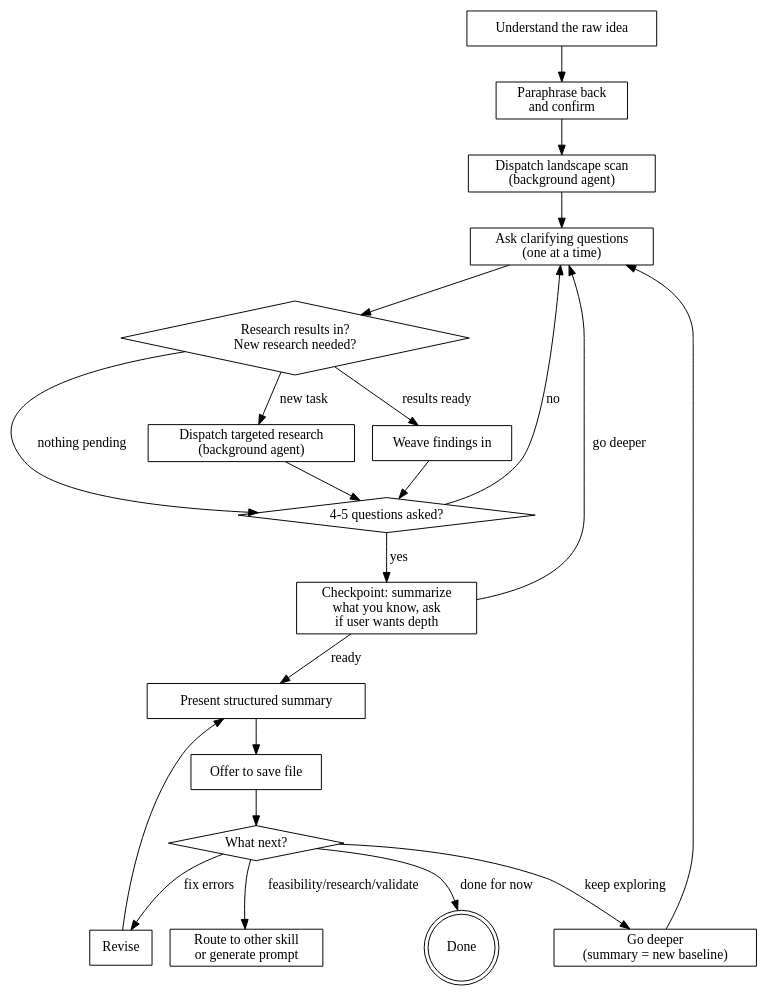
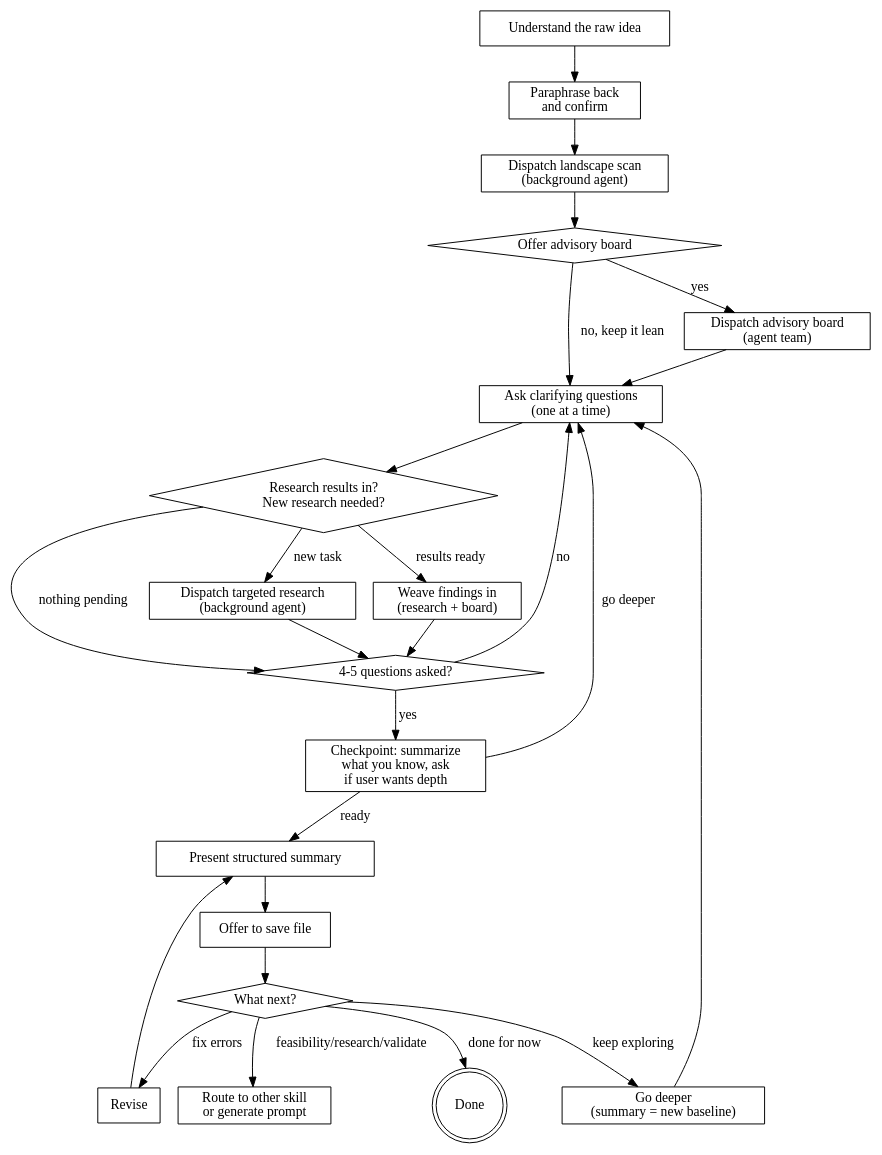
The diagram in discovery/skills/idea-exploration/SKILL.md (mariushelf/claude-swe-tools), drawn with Graphviz before and after one commit. The commit also changed other lines of this file, not shown here.

First line of the commit message:
Add advisory board feature to idea-exploration skill

````diff
--- a/discovery/skills/idea-exploration/SKILL.md
+++ b/discovery/skills/idea-exploration/SKILL.md
@@ -16,42 +16,47 @@
 ```dot
 digraph idea_exploration {
     "Understand the raw idea" [shape=box];
     "Paraphrase back\nand confirm" [shape=box];
     "Dispatch landscape scan\n(background agent)" [shape=box];
+    "Offer advisory board" [shape=diamond];
+    "Dispatch advisory board\n(agent team)" [shape=box];
     "Ask clarifying questions\n(one at a time)" [shape=box];
     "Research results in?\nNew research needed?" [shape=diamond];
     "Dispatch targeted research\n(background agent)" [shape=box];
-    "Weave findings in" [shape=box];
+    "Weave findings in\n(research + board)" [shape=box];
     "4-5 questions asked?" [shape=diamond];
     "Checkpoint: summarize\nwhat you know, ask\nif user wants depth" [shape=box];
     "Present structured summary" [shape=box];
     "Offer to save file" [shape=box];
     "What next?" [shape=diamond];
     "Revise" [shape=box];
     "Go deeper\n(summary = new baseline)" [shape=box];
     "Route to other skill\nor generate prompt" [shape=box];
     "Done" [shape=doublecircle];
 
     "Understand the raw idea" -> "Paraphrase back\nand confirm";
     "Paraphrase back\nand confirm" -> "Dispatch landscape scan\n(background agent)";
-    "Dispatch landscape scan\n(background agent)" -> "Ask clarifying questions\n(one at a time)";
+    "Dispatch landscape scan\n(background agent)" -> "Offer advisory board";
+    "Offer advisory board" -> "Dispatch advisory board\n(agent team)" [label="yes"];
+    "Offer advisory board" -> "Ask clarifying questions\n(one at a time)" [label="no, keep it lean"];
+    "Dispatch advisory board\n(agent team)" -> "Ask clarifying questions\n(one at a time)";
     "Ask clarifying questions\n(one at a time)" -> "Research results in?\nNew research needed?";
     "Research results in?\nNew research needed?" -> "Dispatch targeted research\n(background agent)" [label="new task"];
-    "Research results in?\nNew research needed?" -> "Weave findings in" [label="results ready"];
+    "Research results in?\nNew research needed?" -> "Weave findings in\n(research + board)" [label="results ready"];
     "Research results in?\nNew research needed?" -> "4-5 questions asked?" [label="nothing pending"];
     "Dispatch targeted research\n(background agent)" -> "4-5 questions asked?";
-    "Weave findings in" -> "4-5 questions asked?";
+    "Weave findings in\n(research + board)" -> "4-5 questions asked?";
     "4-5 questions asked?" -> "Ask clarifying questions\n(one at a time)" [label="no"];
     "4-5 questions asked?" -> "Checkpoint: summarize\nwhat you know, ask\nif user wants depth" [label="yes"];
     "Checkpoint: summarize\nwhat you know, ask\nif user wants depth" -> "Ask clarifying questions\n(one at a time)" [label="go deeper"];
     "Checkpoint: summarize\nwhat you know, ask\nif user wants depth" -> "Present structured summary" [label="ready"];
     "Present structured summary" -> "Offer to save file";
     "Offer to save file" -> "What next?";
     "What next?" -> "Revise" [label="fix errors"];
     "What next?" -> "Go deeper\n(summary = new baseline)" [label="keep exploring"];
     "What next?" -> "Route to other skill\nor generate prompt" [label="feasibility/research/validate"];
     "What next?" -> "Done" [label="done for now"];
     "Revise" -> "Present structured summary";
     "Go deeper\n(summary = new baseline)" -> "Ask clarifying questions\n(one at a time)";
 }
 ```
````
